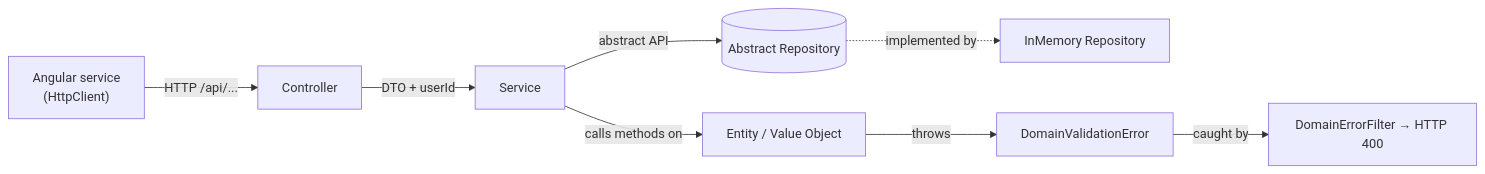
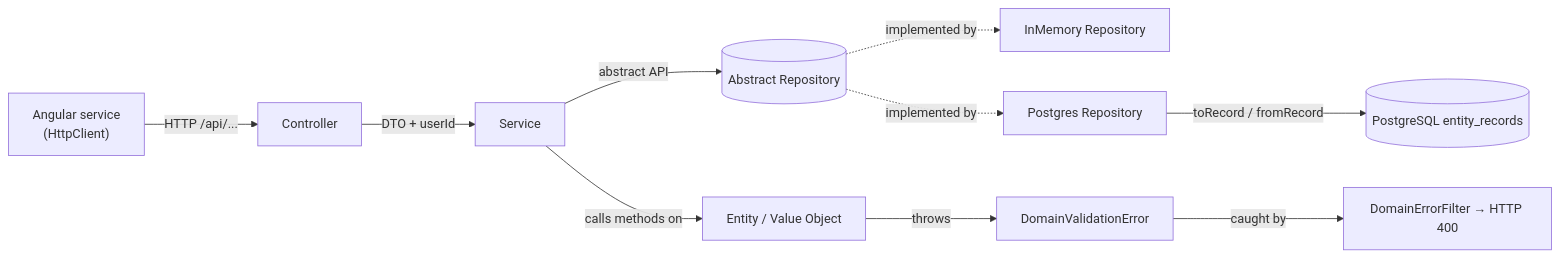
The first of 2 diagrams in docs/DESIGN.md (max1dyer/PlateUp), drawn with Mermaid before and after one commit. The commit also changed other lines of this file and 43 other files, not shown here.

````diff
--- a/docs/DESIGN.md
+++ b/docs/DESIGN.md
@@ -17,10 +17,12 @@
 ```mermaid
 flowchart LR
   Client["Angular service<br/>(HttpClient)"] -->|HTTP /api/...| C[Controller]
   C -->|DTO + userId| S[Service]
   S -->|abstract API| R[(Abstract Repository)]
   R -. implemented by .-> IM[InMemory Repository]
+  R -. implemented by .-> PG[Postgres Repository]
+  PG -->|toRecord / fromRecord| DB[(PostgreSQL entity_records)]
   S -->|calls methods on| E[Entity / Value Object]
   E -->|throws| DVE[DomainValidationError]
   DVE -->|caught by| F[DomainErrorFilter → HTTP 400]
 ```
````
